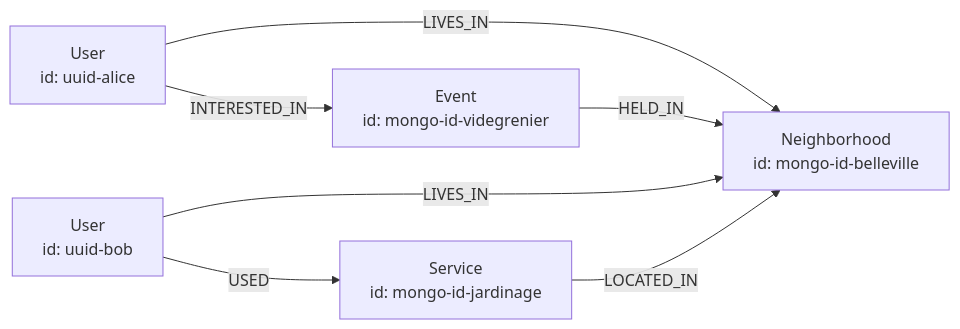
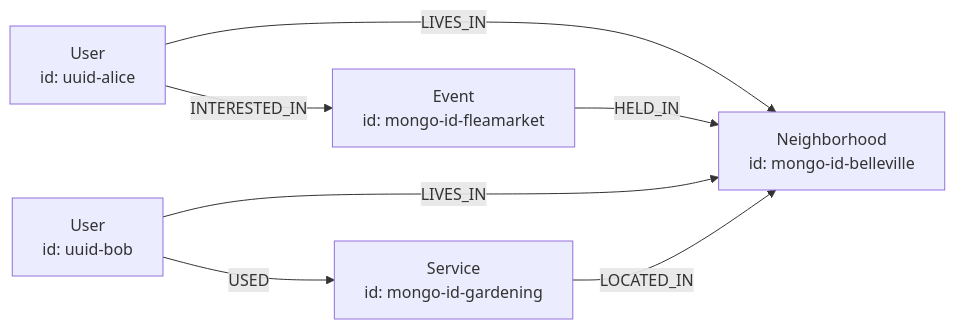
One commit to creibaud/QuartierConnect changed the fourth of 4 diagrams in docs/DATABASE.md. Above: the diagram before and after it, drawn with Mermaid. The commit also changed other lines of this file and 155 other files, not shown here.

````diff
--- a/docs/DATABASE.md
+++ b/docs/DATABASE.md
@@ -477,15 +477,15 @@
 ```mermaid
 graph LR
     U1[User<br/>id: uuid-alice]
     U2[User<br/>id: uuid-bob]
     N1[Neighborhood<br/>id: mongo-id-belleville]
-    S1[Service<br/>id: mongo-id-jardinage]
-    E1[Event<br/>id: mongo-id-videgrenier]
+    S1[Service<br/>id: mongo-id-gardening]
+    E1[Event<br/>id: mongo-id-fleamarket]
 
     U1 -->|LIVES_IN| N1
     U2 -->|LIVES_IN| N1
     S1 -->|LOCATED_IN| N1
     E1 -->|HELD_IN| N1
     U1 -->|INTERESTED_IN| E1
     U2 -->|USED| S1
 ```
````
